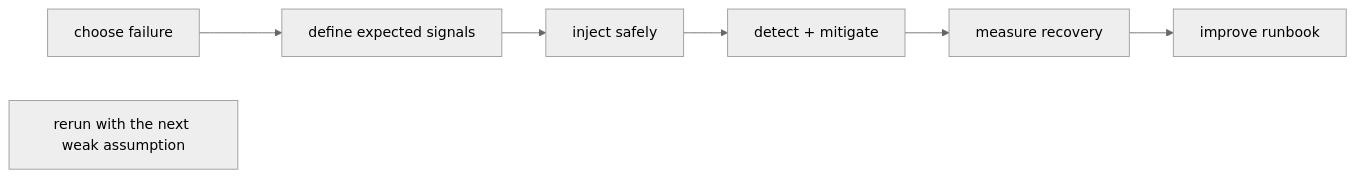
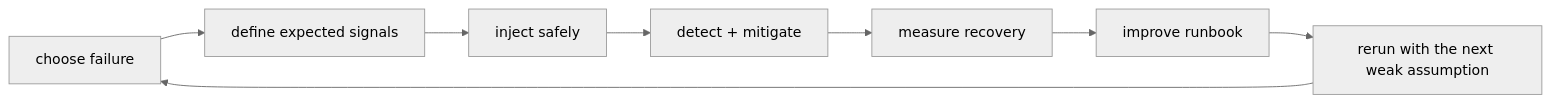
One commit to jithinpnjm/nvidia-devops changed the diagram in docs/volume-07/19-senior-deep-dive-8-reliability-testing-and-game-days.md. Above: the diagram before and after it, drawn with Mermaid (neutral theme). The commit also changed 99 other files, not shown here.

````diff
--- a/docs/volume-07/19-senior-deep-dive-8-reliability-testing-and-game-days.md
+++ b/docs/volume-07/19-senior-deep-dive-8-reliability-testing-and-game-days.md
@@ -44,16 +44,6 @@
 ```mermaid
 flowchart LR
-  %% Converted from the original ASCII diagram; source wording is preserved.
-  n0["choose failure"]
-  n1["define expected signals"]
-  n2["inject safely"]
-  n3["detect + mitigate"]
-  n4["measure recovery"]
-  n5["improve runbook"]
-  n6["rerun with the next weak assumption"]
-  n0 --> n1
-  n1 --> n2
-  n2 --> n3
-  n3 --> n4
-  n4 --> n5
+  Choose["choose failure"] --> Signals["define expected signals"] --> Inject["inject safely"]
+  Inject --> Detect["detect + mitigate"] --> Recovery["measure recovery"] --> Runbook["improve runbook"]
+  Runbook --> Next["rerun with the next weak assumption"] --> Choose
 ```
````
